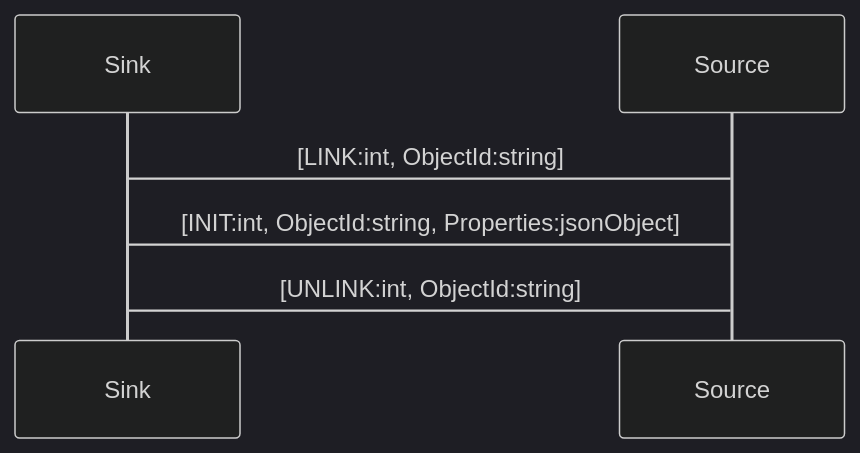
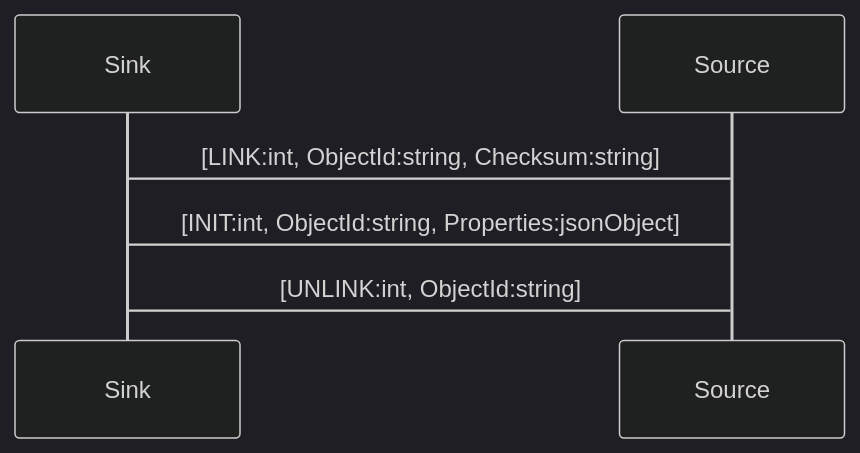
One commit to apigear-io/apigear-docs changed the diagram in docs/advanced/objectlink/lifecycle.md. Above: the diagram before and after it, drawn with Mermaid (dark theme). The commit also changed other lines of this file and 5 other files, not shown here.

````diff
--- a/docs/advanced/objectlink/lifecycle.md
+++ b/docs/advanced/objectlink/lifecycle.md
@@ -30,6 +35,6 @@
 ```mermaid
 sequenceDiagram
-    Sink->Source: [LINK:int, ObjectId:string]
+    Sink->Source: [LINK:int, ObjectId:string, Checksum:string]
     Source->Sink: [INIT:int, ObjectId:string, Properties:jsonObject]
     Sink->Source: [UNLINK:int, ObjectId:string]
 ```
````
